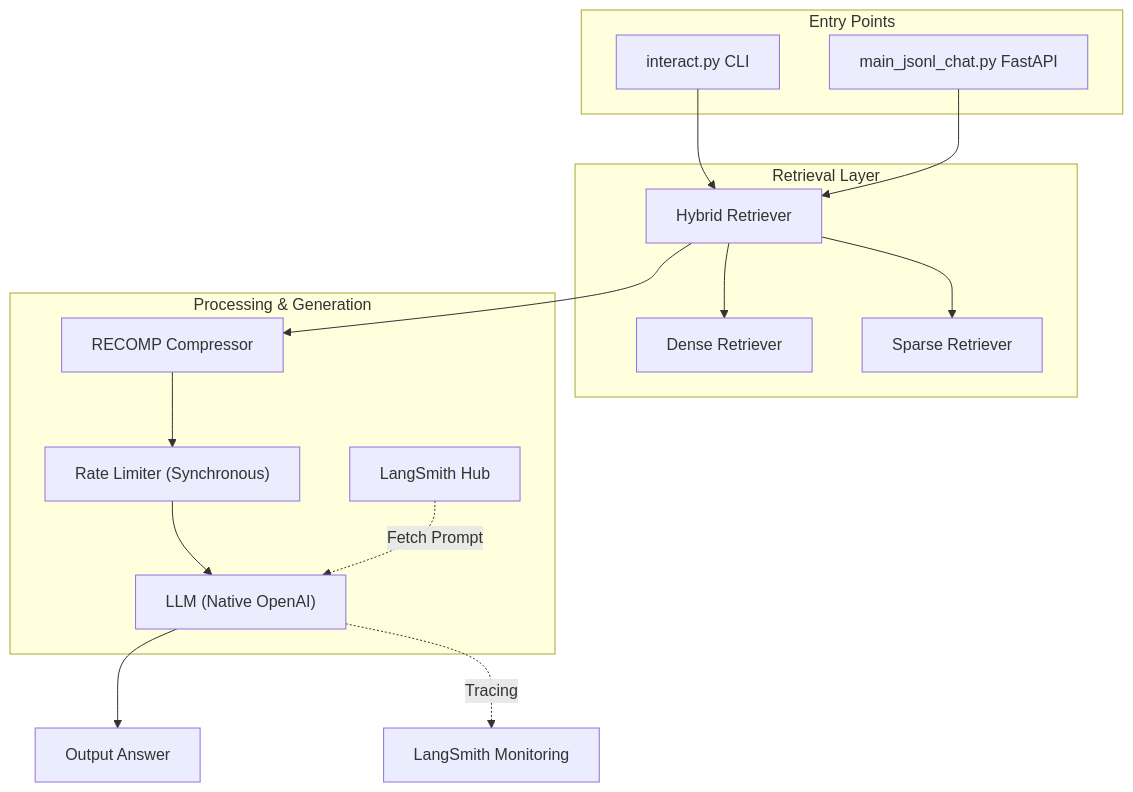
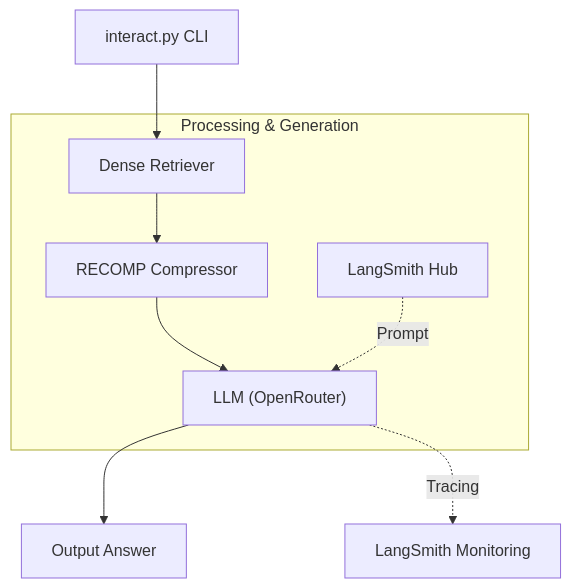
One commit to yinsights8/Archival_Rag_System changed the diagram in README.md. Above: the diagram before and after it, drawn with Mermaid. The commit also changed other lines of this file, not shown here.

````diff
--- a/README.md
+++ b/README.md
@@ -75,24 +75,13 @@
 ```mermaid
 graph TD
-    subgraph "Entry Points"
-        CLI[interact.py CLI]
-        Web[main_jsonl_chat.py FastAPI]
-    end
-
-    subgraph "Retrieval Layer"
-        CLI --> Hybrid[Hybrid Retriever]
-        Web --> Hybrid
-        Hybrid --> Dense[Dense Retriever]
-        Hybrid --> Sparse[Sparse Retriever]
-    end
+    CLI[interact.py CLI] --> Dense[Dense Retriever]
 
     subgraph "Processing & Generation"
-        Hybrid --> Compressor[RECOMP Compressor]
-        Compressor --> RateLimit["Rate Limiter (Synchronous)"]
-        RateLimit --> LLM["LLM (Native OpenAI)"]
-        Hub["LangSmith Hub"] -. Fetch Prompt .-> LLM
+        Dense --> Compressor[RECOMP Compressor]
+        Compressor --> LLM["LLM (OpenRouter)"]
+        Hub["LangSmith Hub"] -. Prompt .-> LLM
     end
 
     LLM --> Answer[Output Answer]
     LLM -. Tracing .-> LangSmith[LangSmith Monitoring]
 ```
````
